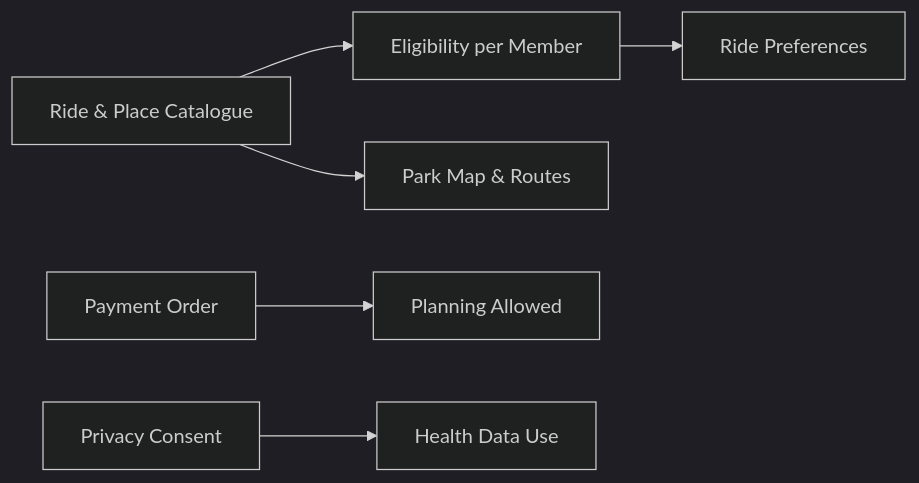
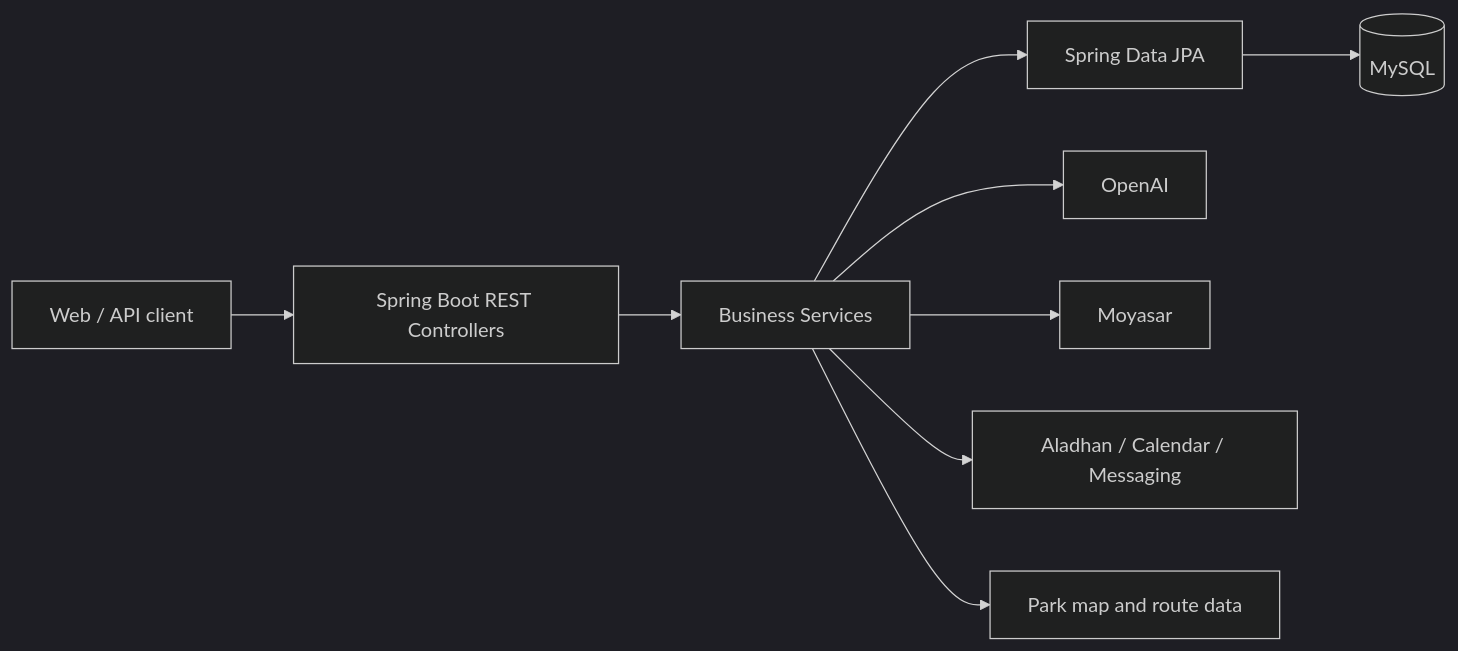
The second of 2 diagrams in SIKKA-main/README.md (mohammed-turk/Sikka), drawn with Mermaid (dark theme) before and after one commit. The commit also changed other lines of this file, not shown here.

````diff
--- a/SIKKA-main/README.md
+++ b/SIKKA-main/README.md
@@ -756,8 +120,11 @@
 ```mermaid
 flowchart LR
-    A[Ride & Place Catalogue] --> B[Eligibility per Member]
-    A --> C[Park Map & Routes]
-    B --> D[Ride Preferences]
-    E[Payment Order] --> F[Planning Allowed]
-    G[Privacy Consent] --> H[Health Data Use]
+    Client[Web / API client] --> API[Spring Boot REST Controllers]
+    API --> Services[Business Services]
+    Services --> JPA[Spring Data JPA]
+    JPA --> DB[(MySQL)]
+    Services --> AI[OpenAI]
+    Services --> Pay[Moyasar]
+    Services --> Ext[Aladhan / Calendar / Messaging]
+    Services --> Map[Park map and route data]
 ```
````
